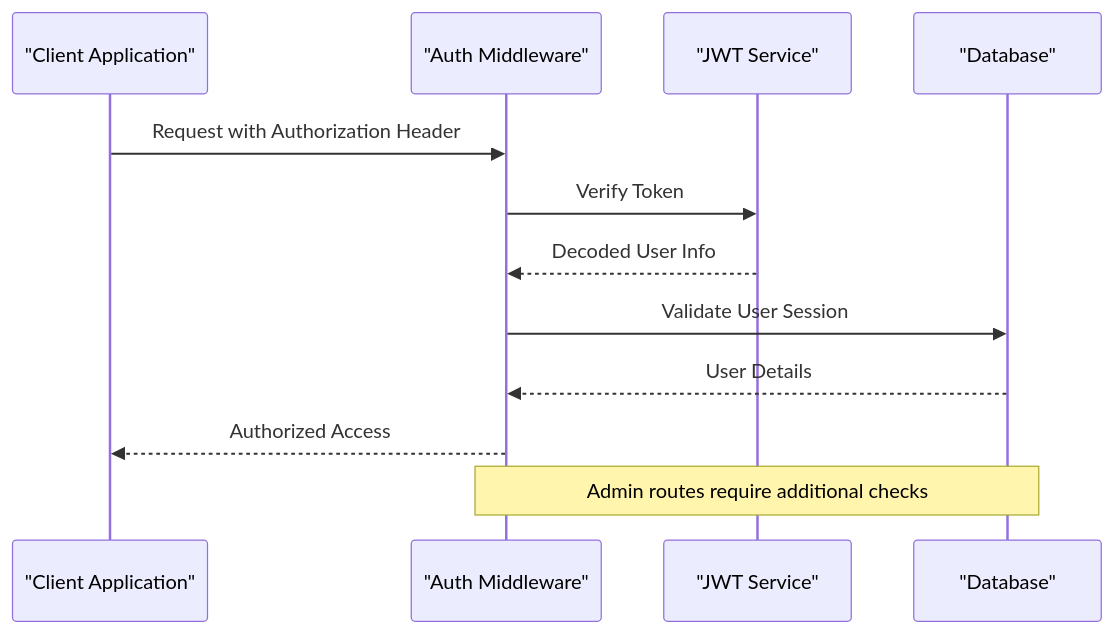
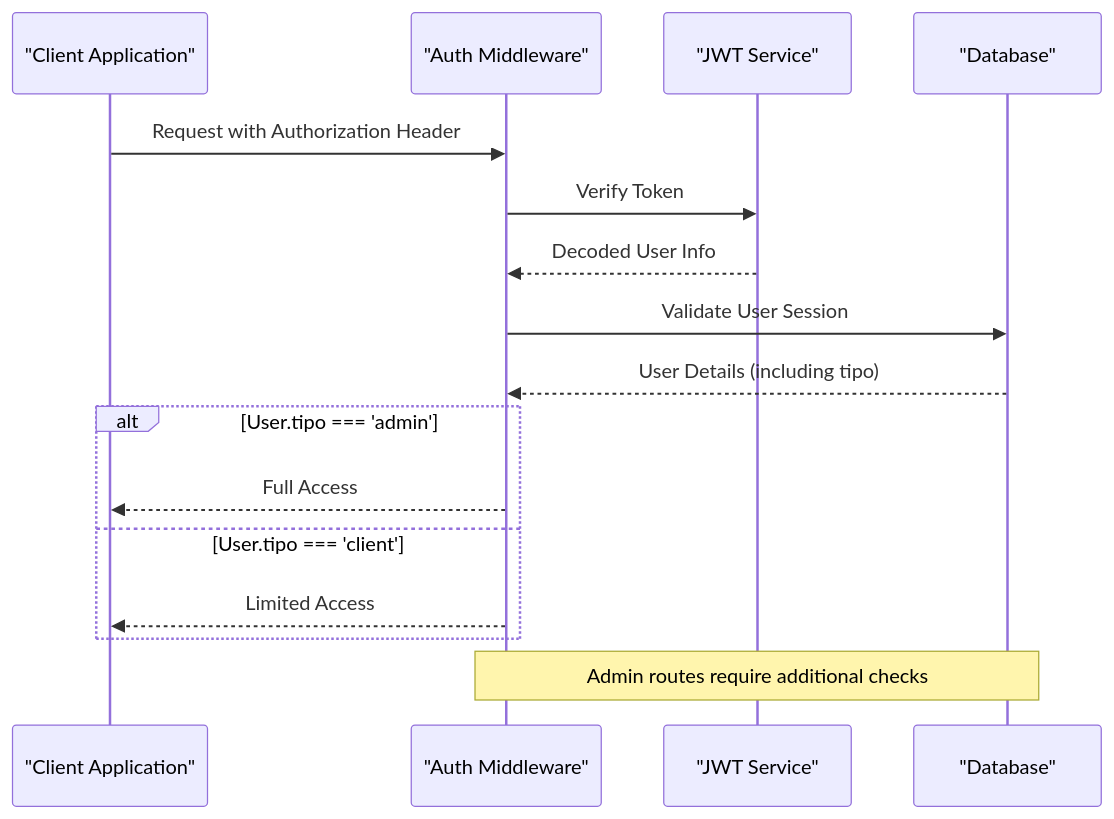
The sixth of 13 diagrams in .qoder/repowiki/en/content/API Integration Layer/API Integration Layer.md (Alexandrexicara/bot-processos), drawn with Mermaid before and after one commit. The commit also changed other lines of this file and 10 other files, not shown here.

````diff
--- a/.qoder/repowiki/en/content/API Integration Layer/API Integration Layer.md
+++ b/.qoder/repowiki/en/content/API Integration Layer/API Integration Layer.md
@@ -263,14 +365,18 @@
 ```mermaid
 sequenceDiagram
 participant Client as "Client Application"
 participant Auth as "Auth Middleware"
 participant JWT as "JWT Service"
 participant DB as "Database"
 Client->>Auth : Request with Authorization Header
 Auth->>JWT : Verify Token
 JWT-->>Auth : Decoded User Info
 Auth->>DB : Validate User Session
-DB-->>Auth : User Details
-Auth-->>Client : Authorized Access
+DB-->>Auth : User Details (including tipo)
+alt User.tipo === 'admin'
+Auth-->>Client : Full Access
+else User.tipo === 'client'
+Auth-->>Client : Limited Access
+end
 Note over Auth,DB : Admin routes require additional checks
 ```
````
